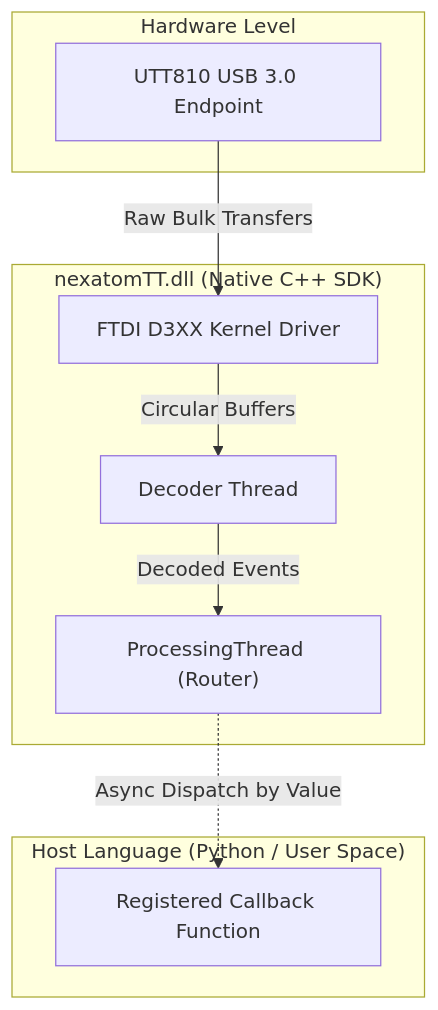
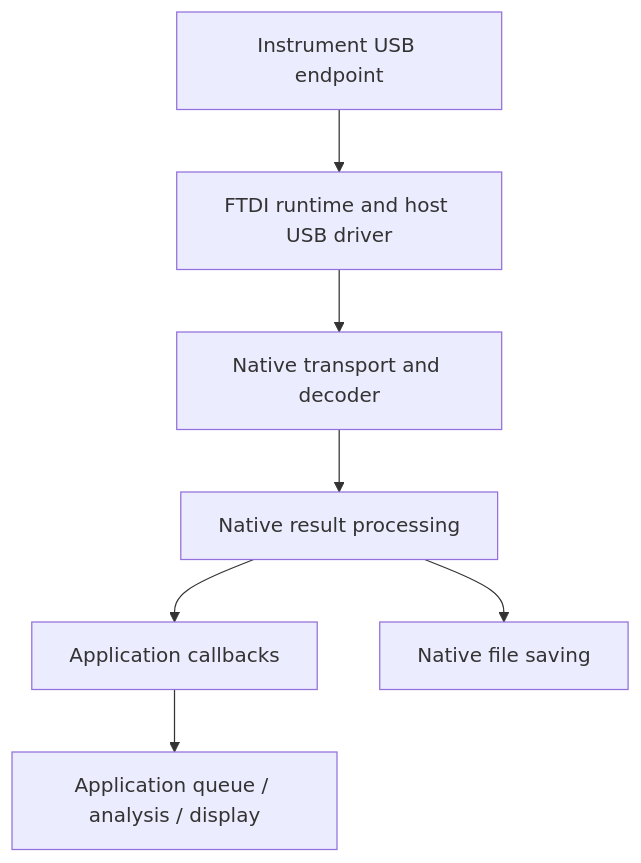
Before and after one commit to nexatom-research/nexatom-downloads: the diagram in docs/04_software_overview/index.md, drawn with Mermaid. The commit also changed other lines of this file and 62 other files, not shown here.

````diff
--- a/docs/04_software_overview/index.md
+++ b/docs/04_software_overview/index.md
@@ -20,19 +15,9 @@
 ```mermaid
 flowchart TD
-    subgraph Hardware ["Hardware Level"]
-        A["UTT810 USB 3.0 Endpoint"]
-    end
-    subgraph SDK ["nexatomTT.dll (Native C++ SDK)"]
-        B["FTDI D3XX Kernel Driver"]
-        C["Decoder Thread"]
-        D["ProcessingThread (Router)"]
-    end
-    subgraph Host ["Host Language (Python / User Space)"]
-        E["Registered Callback Function"]
-    end
-    
-    A -->|Raw Bulk Transfers| B
-    B -->|Circular Buffers| C
-    C -->|Decoded Events| D
-    D -.->|Async Dispatch by Value| E
+    A["Instrument USB endpoint"] --> B["FTDI runtime and host USB driver"]
+    B --> C["Native transport and decoder"]
+    C --> D["Native result processing"]
+    D --> E["Application callbacks"]
+    D --> F["Native file saving"]
+    E --> G["Application queue / analysis / display"]
 ```
````
